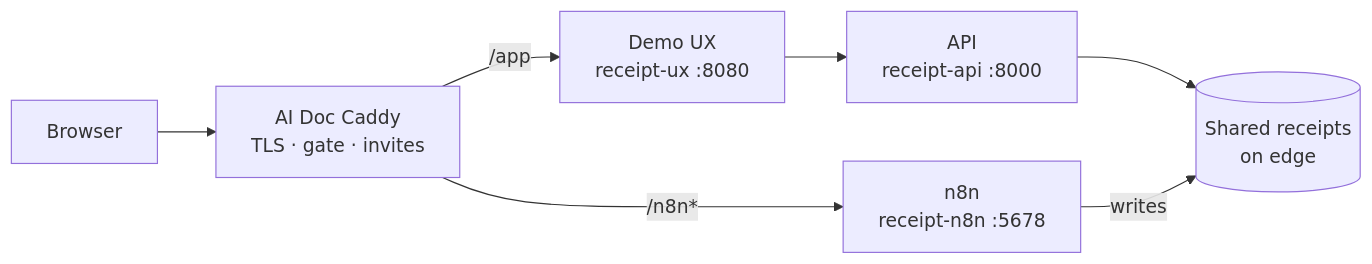
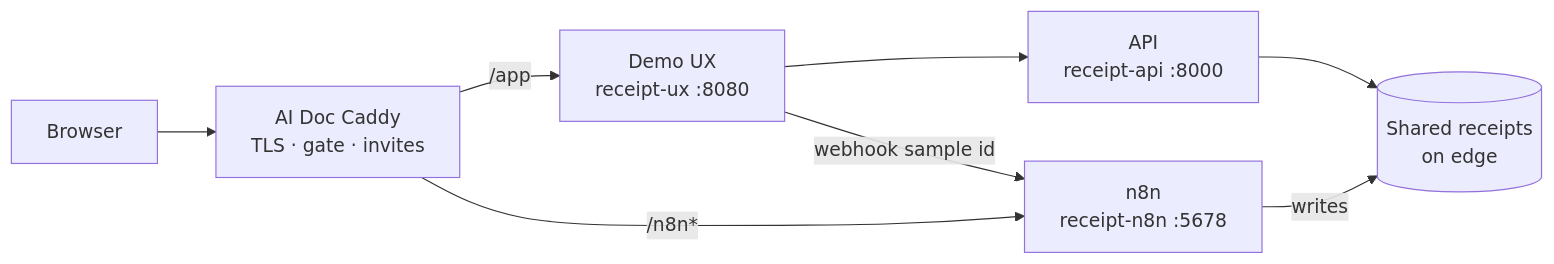
Before and after one commit to RoxanaTapia/receipt-intelligence-demo: the diagram in README.md, drawn with Mermaid. The commit also changed other lines of this file and 2 other files, not shown here.

First line of the commit message:
Document visitor download→upload→answer and Active webhook for operators.

````diff
--- a/README.md
+++ b/README.md
@@ -33,16 +33,17 @@
 ```mermaid
 flowchart LR
   browser[Browser]
   edge[AI Doc Caddy<br/>TLS · gate · invites]
   ux[Demo UX<br/>receipt-ux :8080]
   api[API<br/>receipt-api :8000]
   disk[(Shared receipts<br/>on edge)]
   n8n[n8n<br/>receipt-n8n :5678]
 
   browser --> edge
   edge -->|/app| ux
+  ux -->|webhook sample id| n8n
   ux --> api
   api --> disk
   n8n -->|writes| disk
   edge -->|/n8n*| n8n
 ```
````
